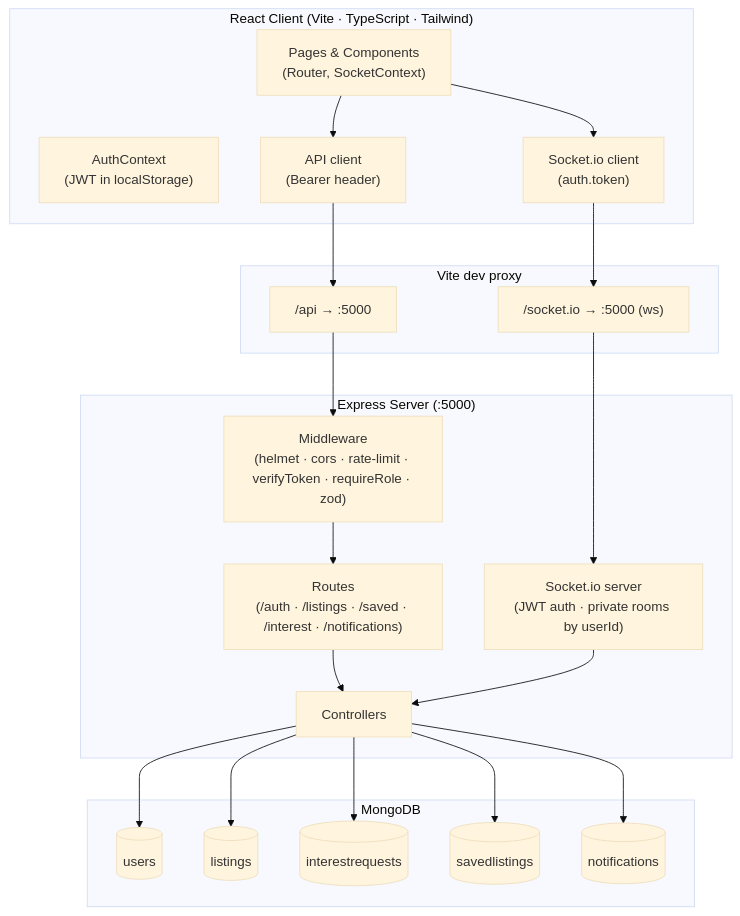
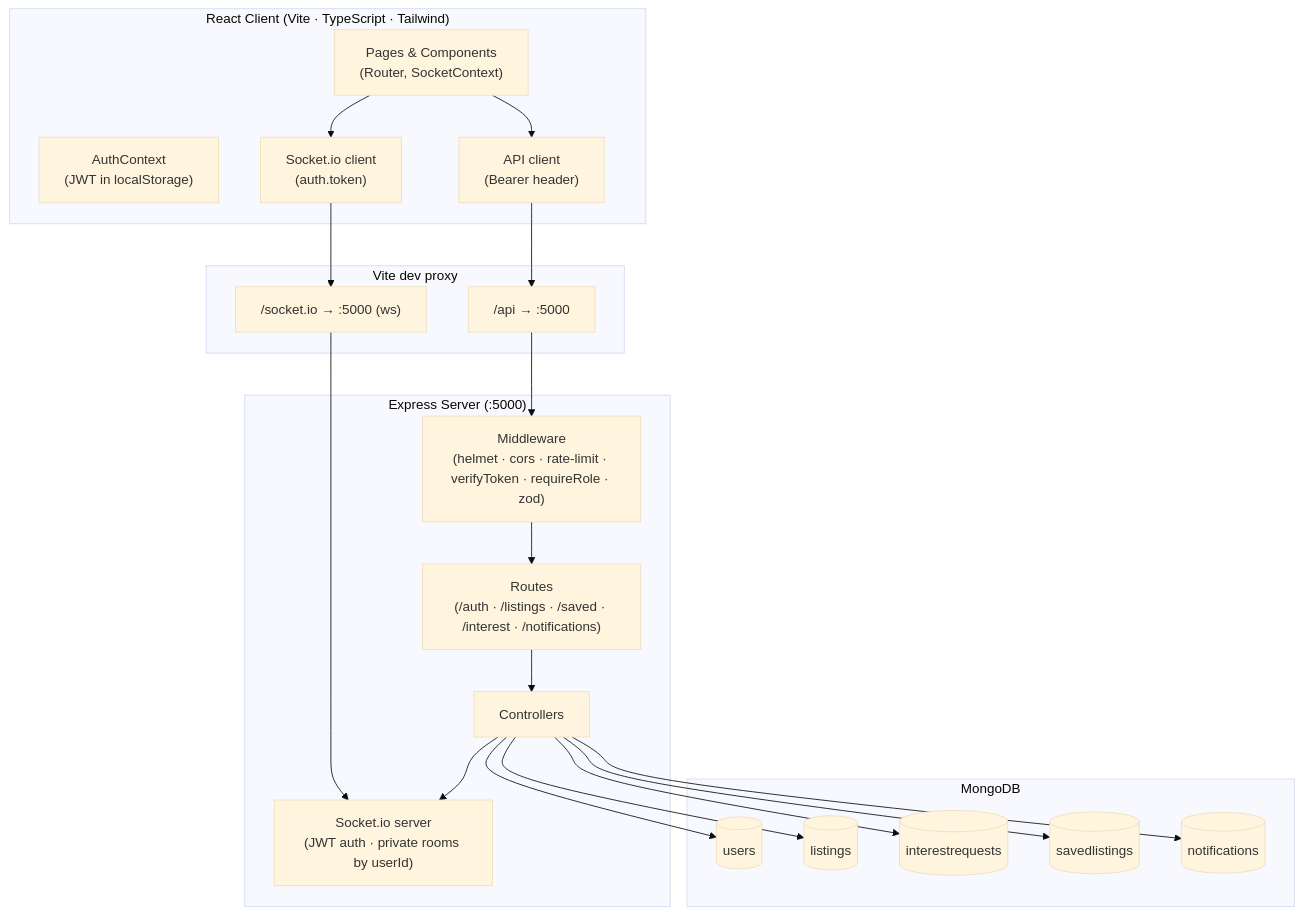
One commit to pjha26/SeedBridge changed the first of 3 diagrams in docs/ARCHITECTURE.md. Above: the diagram before and after it, drawn with Mermaid (base theme). The commit also changed 1 other file, not shown here.

Commit message:
docs: correct README details

````diff
--- a/docs/ARCHITECTURE.md
+++ b/docs/ARCHITECTURE.md
@@ -5,40 +5,40 @@
 ```mermaid
 flowchart TD
     subgraph Client["React Client (Vite · TypeScript · Tailwind)"]
-        AC["AuthContext\n(JWT in localStorage)"]
-        APC["API client\n(Bearer header)"]
-        SC["Socket.io client\n(auth.token)"]
-        UI["Pages & Components\n(Router, SocketContext)"]
+        AC["AuthContext<br/>(JWT in localStorage)"]
+        APC["API client<br/>(Bearer header)"]
+        SC["Socket.io client<br/>(auth.token)"]
+        UI["Pages & Components<br/>(Router, SocketContext)"]
     end
 
     subgraph Proxy["Vite dev proxy"]
         P1["/api → :5000"]
         P2["/socket.io → :5000 (ws)"]
     end
 
     subgraph Server["Express Server (:5000)"]
-        MW["Middleware\n(helmet · cors · rate-limit · verifyToken · requireRole · zod)"]
-        RT["Routes\n(/auth · /listings · /saved · /interest · /notifications)"]
+        MW["Middleware<br/>(helmet · cors · rate-limit · verifyToken · requireRole · zod)"]
+        RT["Routes<br/>(/auth · /listings · /saved · /interest · /notifications)"]
         CT["Controllers"]
-        IO["Socket.io server\n(JWT auth · private rooms by userId)"]
+        IO["Socket.io server<br/>(JWT auth · private rooms by userId)"]
     end
 
     subgraph DB["MongoDB"]
         C1[(users)]
         C2[(listings)]
         C3[(interestrequests)]
         C4[(savedlistings)]
         C5[(notifications)]
     end
 
     UI --> APC
     UI --> SC
     APC --> P1
     SC --> P2
     P1 --> MW
     P2 --> IO
     MW --> RT
     RT --> CT
     CT --> C1 & C2 & C3 & C4 & C5
-    IO --> CT
+    CT --> IO
 ```
````
